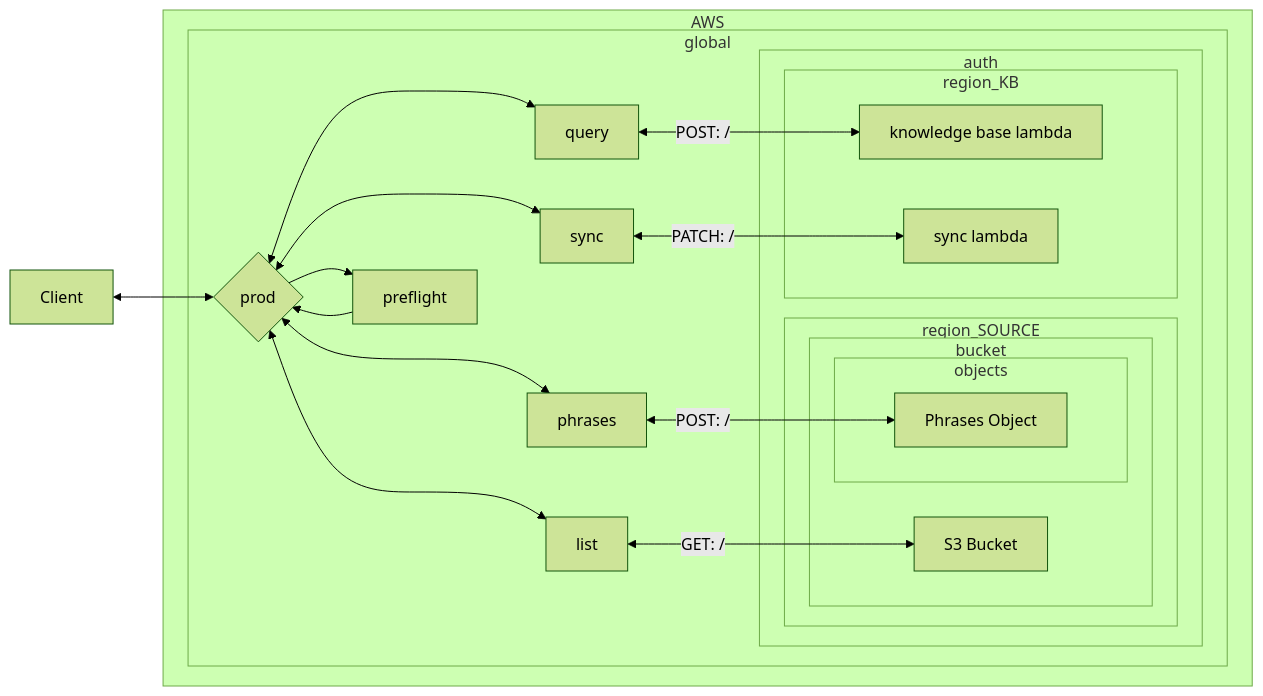
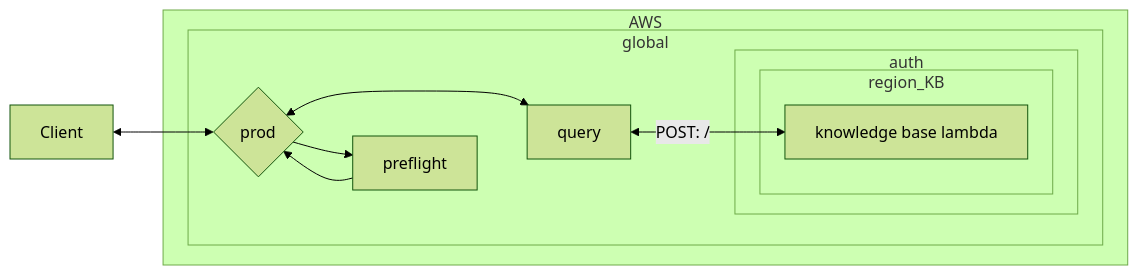
One commit to SHerlihy/advertise-me-api changed the diagram in README.md. Above: the diagram before and after it, drawn with Mermaid (forest theme). The commit also changed 48 other files, not shown here.

````diff
--- a/README.md
+++ b/README.md
@@ -1,47 +1,31 @@
 ```mermaid
     flowchart LR
 
     Client <--> STAGE
     
     subgraph AWS
     subgraph global
 
         STAGE{prod}
 
         PREFLIGHT[preflight]
         
         STAGE --> PREFLIGHT
         PREFLIGHT --> STAGE
 
-        STAGE <--> LIST & PHRASES & QUERY & SYNC
+        STAGE <--> QUERY
 
-        LIST[list]
-        PHRASES[phrases]
         QUERY[query]
-        SYNC[sync]
 
-        PREFLIGHT ~~~ LIST & PHRASES & QUERY & SYNC
+        PREFLIGHT ~~~ QUERY
 
-        LIST <-- GET: / --> BUCKET
-        PHRASES <-- POST: / --> OBJECT
         QUERY <-- POST: / --> KB_LAMBDA
-        SYNC <-- PATCH: / --> SYNC_LAMBDA
 
         subgraph auth
-            subgraph region_SOURCE
-                subgraph bucket
-                    BUCKET[S3 Bucket]
-                    subgraph objects
-                        OBJECT[Phrases Object]
-                    end
-                end
-            end
-
             subgraph region_KB
                 KB_LAMBDA[knowledge base lambda]
-                SYNC_LAMBDA[sync lambda]
             end
         end
         end
     end
 ```
````
